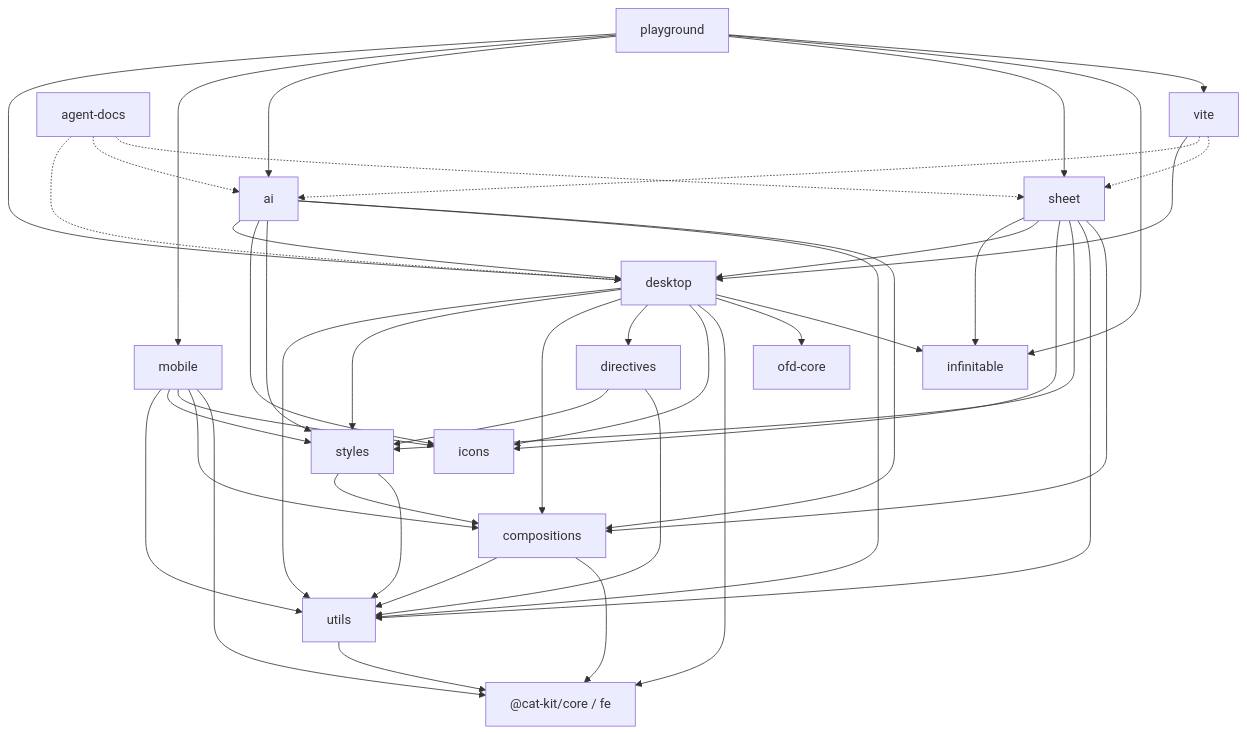
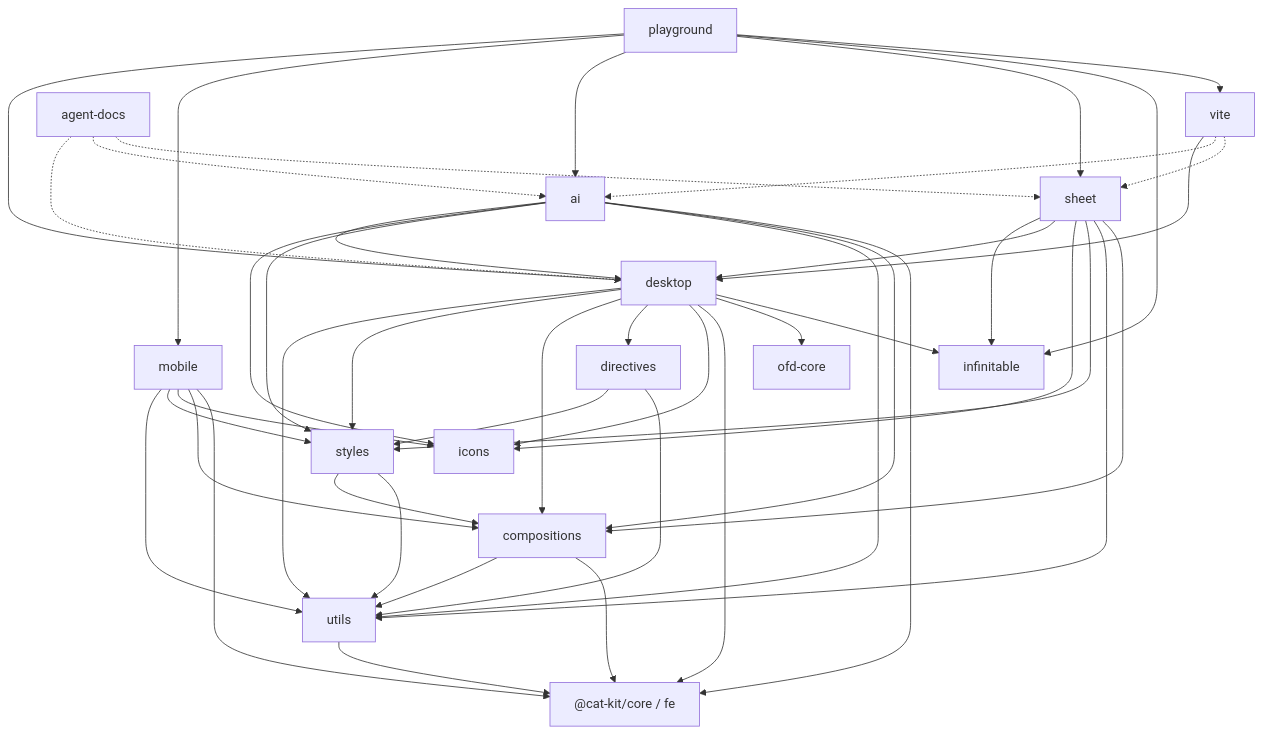
One commit to cabinet-fe/ultra-ui changed the diagram in .agents/docs/CODE-MAP.md. Above: the diagram before and after it, drawn with Mermaid. The commit also changed 36 other files, not shown here.

````diff
--- a/.agents/docs/CODE-MAP.md
+++ b/.agents/docs/CODE-MAP.md
@@ -55,61 +55,62 @@
 ```mermaid
 graph TD
   catkit["@cat-kit/core / fe"]
   utils["utils"]
   compositions["compositions"]
   styles["styles"]
   directives["directives"]
   icons["icons"]
   desktop["desktop"]
   sheet["sheet"]
   ai["ai"]
   ofdCore["ofd-core"]
   vitePkg["vite"]
   mobile["mobile"]
   playground["playground"]
   agentDocs["agent-docs"]
 
   utils --> catkit
   compositions --> utils
   compositions --> catkit
   styles --> compositions
   styles --> utils
   directives --> styles
   directives --> utils
   desktop --> utils
   desktop --> styles
   desktop --> compositions
   desktop --> directives
   desktop --> icons
   desktop --> catkit
   desktop --> ofdCore
   desktop --> infTable["infinitable"]
   sheet --> infTable
   sheet --> desktop
   sheet --> icons
   sheet --> styles
   sheet --> utils
   sheet --> compositions
   ai --> desktop
   ai --> icons
   ai --> styles
   ai --> utils
   ai --> compositions
+  ai --> catkit
   mobile --> utils
   mobile --> styles
   mobile --> icons
   mobile --> compositions
   mobile --> catkit
   vitePkg --> desktop
   vitePkg -.-> ai
   vitePkg -.-> sheet
   playground --> desktop
   playground --> mobile
   playground --> ai
   playground --> sheet
   playground --> infTable
   playground --> vitePkg
   agentDocs -.-> desktop
   agentDocs -.-> ai
   agentDocs -.-> sheet
 ```
````
